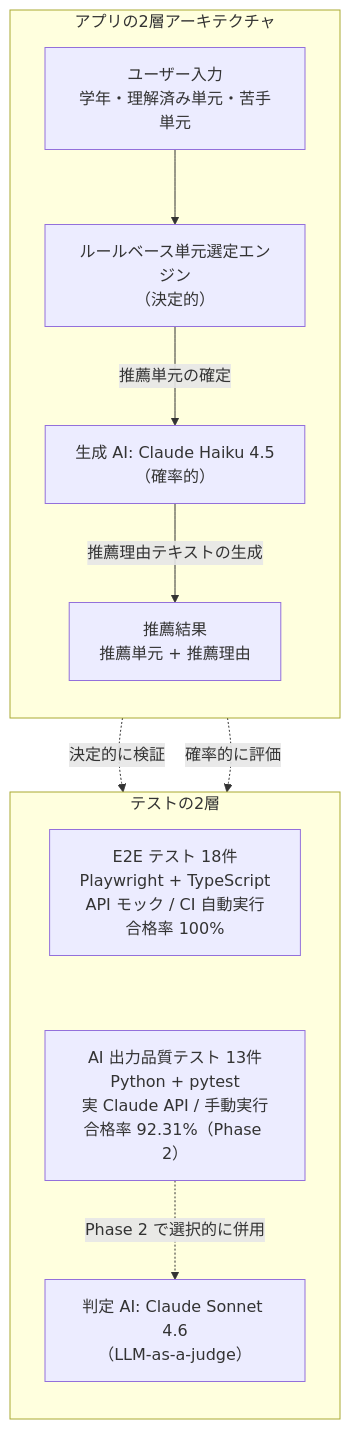
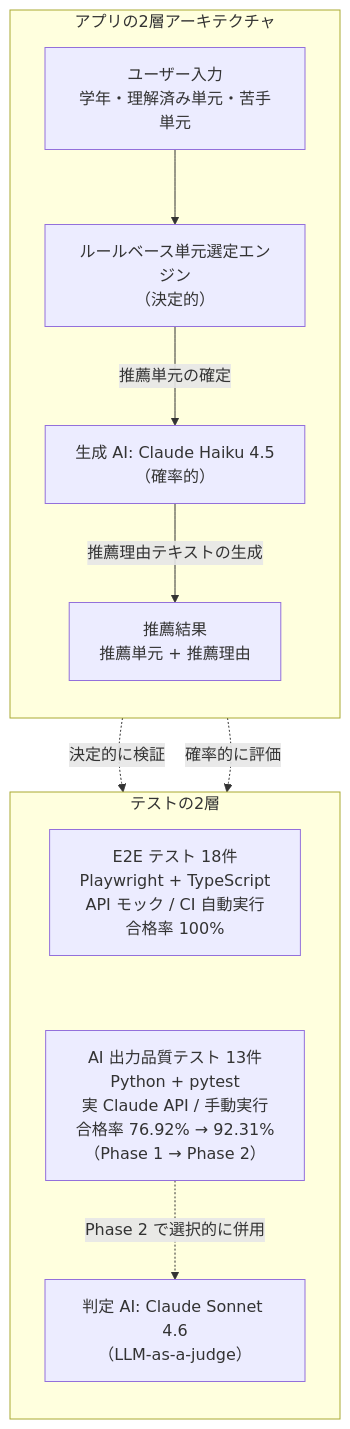
Before and after one commit to nani9ashi/qa-portfolio-ai-recommender: the diagram in README.md, drawn with Mermaid. The commit also changed other lines of this file and 4 other files, not shown here.

````diff
--- a/README.md
+++ b/README.md
@@ -100,26 +83,26 @@
 ```mermaid
 flowchart TD
     subgraph App["アプリの2層アーキテクチャ"]
         direction TB
         Input["ユーザー入力<br/>学年・理解済み単元・苦手単元"]
         Rule["ルールベース単元選定エンジン<br/>（決定的）"]
         AI["生成 AI: Claude Haiku 4.5<br/>（確率的）"]
         Output["推薦結果<br/>推薦単元 + 推薦理由"]
 
         Input --> Rule
         Rule -->|推薦単元の確定| AI
         AI -->|推薦理由テキストの生成| Output
     end
 
     subgraph Tests["テストの2層"]
         direction TB
         E2E["E2E テスト 18件<br/>Playwright + TypeScript<br/>API モック / CI 自動実行<br/>合格率 100%"]
-        AIQuality["AI 出力品質テスト 13件<br/>Python + pytest<br/>実 Claude API / 手動実行<br/>合格率 92.31%（Phase 2）"]
+        AIQuality["AI 出力品質テスト 13件<br/>Python + pytest<br/>実 Claude API / 手動実行<br/>合格率 76.92% → 92.31%<br/>（Phase 1 → Phase 2）"]
         Judge["判定 AI: Claude Sonnet 4.6<br/>（LLM-as-a-judge）"]
         E2E ~~~ AIQuality
         AIQuality -.Phase 2 で選択的に併用.-> Judge
     end
 
     Rule -.決定的に検証.-> E2E
     AI -.確率的に評価.-> AIQuality
 ```
````
